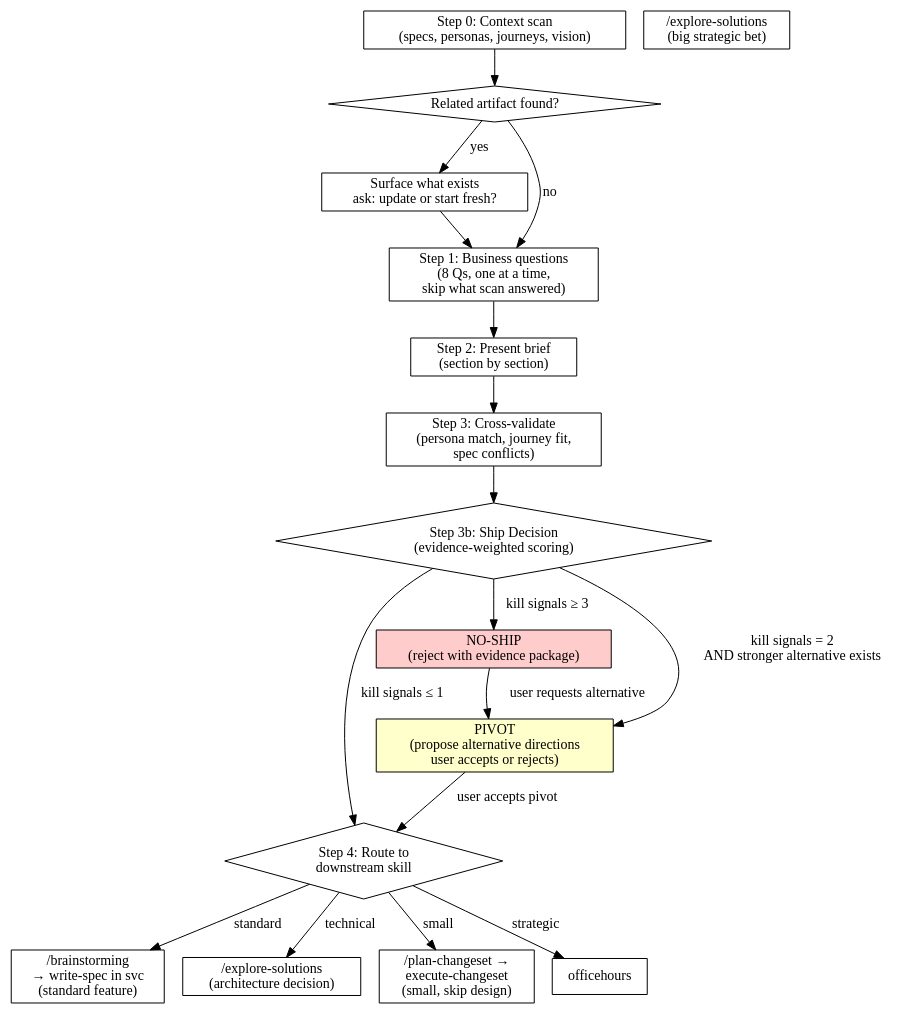
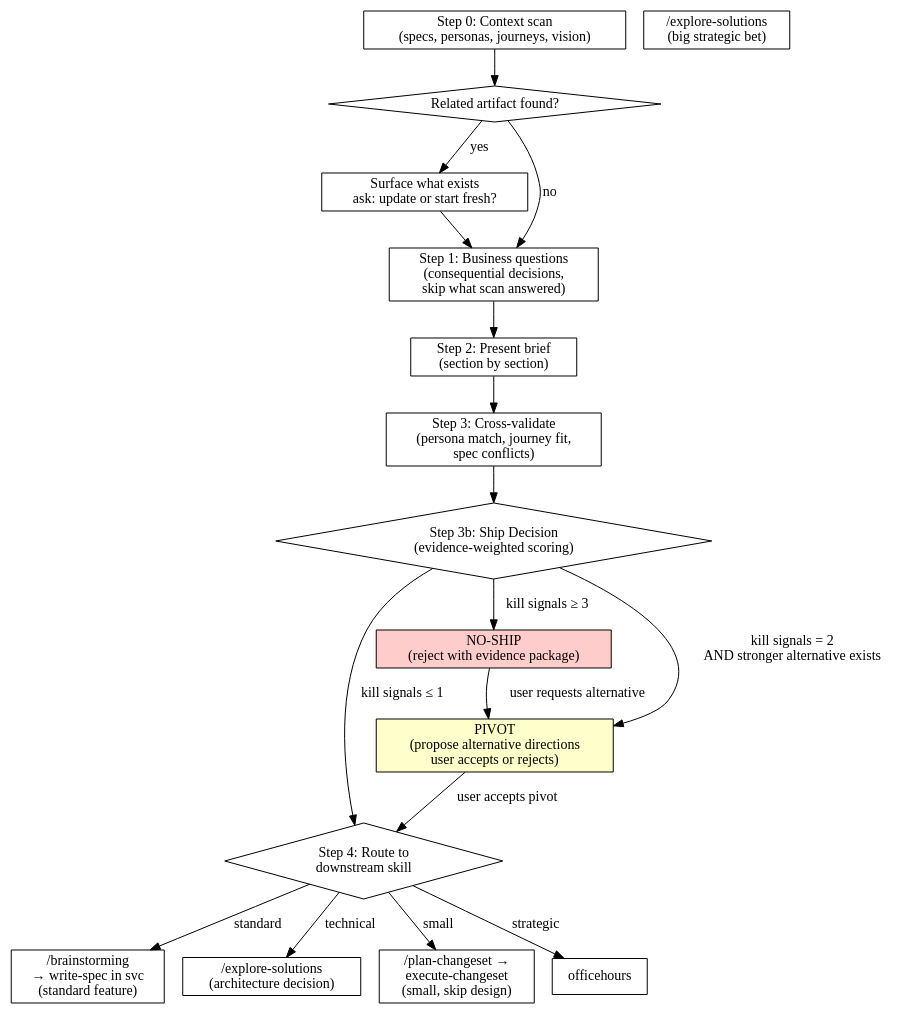
The diagram in skills/validate-feature/SKILL.md (shipwithstef/ssve), drawn with Graphviz before and after one commit. The commit also changed other lines of this file and 30 other files, not shown here.

````diff
--- a/skills/validate-feature/SKILL.md
+++ b/skills/validate-feature/SKILL.md
@@ -143,39 +117,39 @@
 ```dot
 digraph feature_discovery {
     rankdir=TB;
     node [shape=box];
 
     scan [label="Step 0: Context scan\n(specs, personas, journeys, vision)"];
     existing [label="Related artifact found?" shape=diamond];
     surface [label="Surface what exists\nask: update or start fresh?"];
-    questions [label="Step 1: Business questions\n(8 Qs, one at a time,\nskip what scan answered)"];
+    questions [label="Step 1: Business questions\n(consequential decisions,\nskip what scan answered)"];
     brief [label="Step 2: Present brief\n(section by section)"];
     crossval [label="Step 3: Cross-validate\n(persona match, journey fit,\nspec conflicts)"];
     verdict [label="Step 3b: Ship Decision\n(evidence-weighted scoring)" shape=diamond];
     route [label="Step 4: Route to\ndownstream skill" shape=diamond];
 
     noship [label="NO-SHIP\n(reject with evidence package)" shape=box style=filled fillcolor="#ffcccc"];
     pivot [label="PIVOT\n(propose alternative directions\nuser accepts or rejects)" shape=box style=filled fillcolor="#ffffcc"];
     brainstorm [label="/brainstorming\n→ write-spec in svc\n(standard feature)"];
     strategicbet [label="/explore-solutions\n(big strategic bet)"];
     explorer [label="/explore-solutions\n(architecture decision)"];
     plans [label="/plan-changeset →\nexecute-changeset\n(small, skip design)"];
 
     scan -> existing;
     existing -> surface [label="yes"];
     existing -> questions [label="no"];
     surface -> questions;
     questions -> brief;
     brief -> crossval;
     crossval -> verdict;
     verdict -> noship [label="kill signals ≥ 3"];
     verdict -> pivot [label="kill signals = 2\nAND stronger alternative exists"];
     verdict -> route [label="kill signals ≤ 1"];
     noship -> pivot [label="user requests alternative"];
     pivot -> route [label="user accepts pivot"];
     route -> brainstorm [label="standard"];
     route -> officehours [label="strategic"];
     route -> explorer [label="technical"];
     route -> plans [label="small"];
 }
 ```
````
